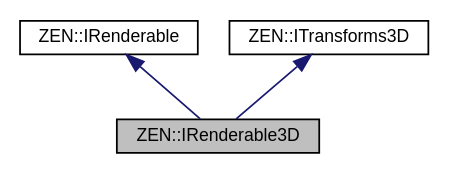
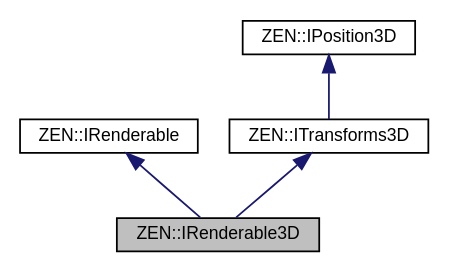
Before and after one commit to markhj/zeronetics: the diagram in classZEN_1_1IRenderable3D__coll__graph.dot, drawn with Graphviz. The commit also changed 184 other files, not shown here.

```diff
--- a/classZEN_1_1IRenderable3D__coll__graph.dot
+++ b/classZEN_1_1IRenderable3D__coll__graph.dot
@@ -1,11 +1,13 @@
 digraph "ZEN::IRenderable3D"
 {
  // LATEX_PDF_SIZE
   edge [fontname="Helvetica",fontsize="10",labelfontname="Helvetica",labelfontsize="10"];
   node [fontname="Helvetica",fontsize="10",shape=record];
   Node1 [label="ZEN::IRenderable3D",height=0.2,width=0.4,color="black", fillcolor="grey75", style="filled", fontcolor="black",tooltip=" "];
   Node2 -> Node1 [dir="back",color="midnightblue",fontsize="10",style="solid",fontname="Helvetica"];
   Node2 [label="ZEN::IRenderable",height=0.2,width=0.4,color="black", fillcolor="white", style="filled",URL="$classZEN_1_1IRenderable.html",tooltip=" "];
   Node3 -> Node1 [dir="back",color="midnightblue",fontsize="10",style="solid",fontname="Helvetica"];
   Node3 [label="ZEN::ITransforms3D",height=0.2,width=0.4,color="black", fillcolor="white", style="filled",URL="$classZEN_1_1ITransforms3D.html",tooltip=" "];
+  Node4 -> Node3 [dir="back",color="midnightblue",fontsize="10",style="solid",fontname="Helvetica"];
+  Node4 [label="ZEN::IPosition3D",height=0.2,width=0.4,color="black", fillcolor="white", style="filled",URL="$classZEN_1_1IPosition3D.html",tooltip=" "];
 }
```
